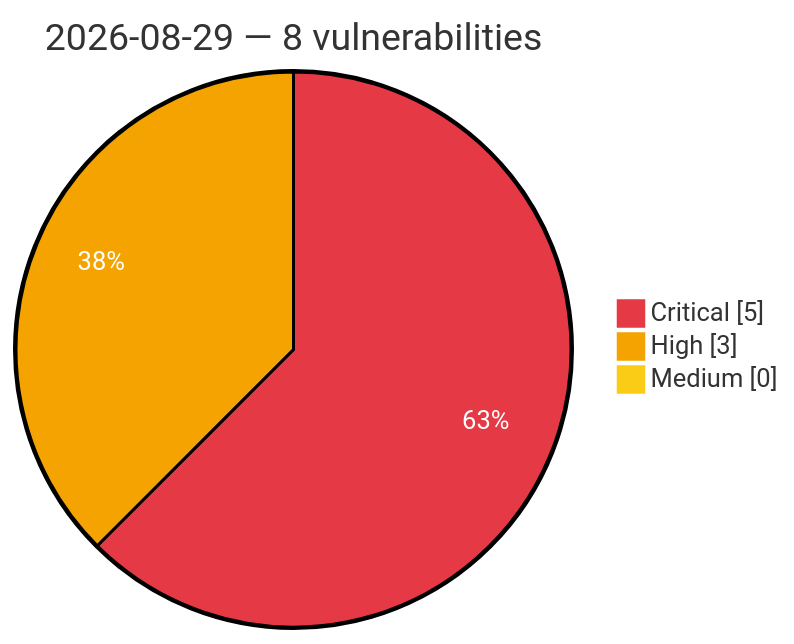
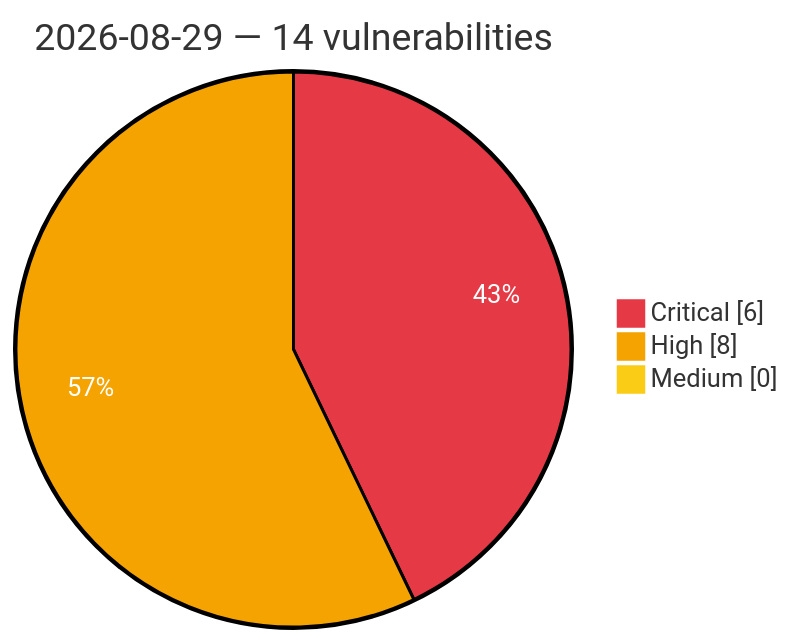
One commit to GhostX0X/vuln-tracker changed the diagram in vulnerabilities/2026/August/2026-08-29.md. Above: the diagram before and after it, drawn with Mermaid. The commit also changed other lines of this file and 5 other files, not shown here.

Commit message:
Auto update: critical/high vulns (2026-08-29 20:24 UTC)

````diff
--- a/vulnerabilities/2026/August/2026-08-29.md
+++ b/vulnerabilities/2026/August/2026-08-29.md
@@ -3,8 +3,8 @@
 ```mermaid
 %%{init: {'theme':'base', 'themeVariables': {'pie1':'#e63946', 'pie2':'#f4a300', 'pie3':'#facc15', 'pieOpacity':'1', 'pieOuterStrokeWidth':'2px', 'pieSectionTextColor':'#ffffff'}}}%%
 pie showData
-    title 2026-08-29 — 8 vulnerabilities
-    "Critical" : 5
-    "High" : 3
+    title 2026-08-29 — 14 vulnerabilities
+    "Critical" : 6
+    "High" : 8
     "Medium" : 0
 ```
````
